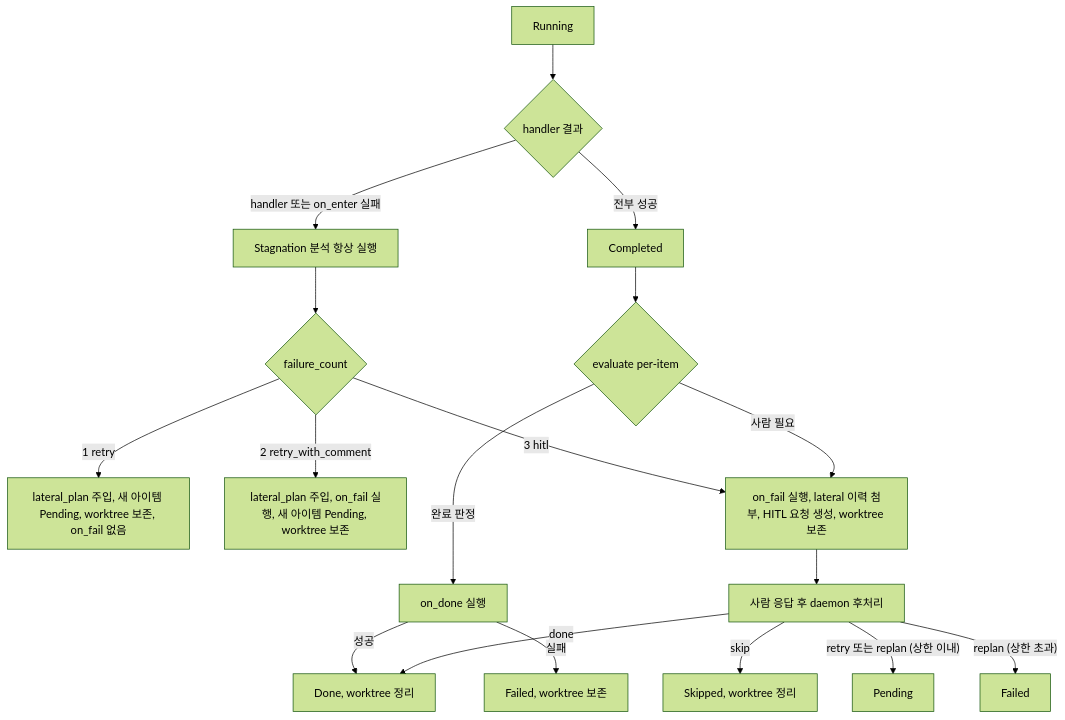
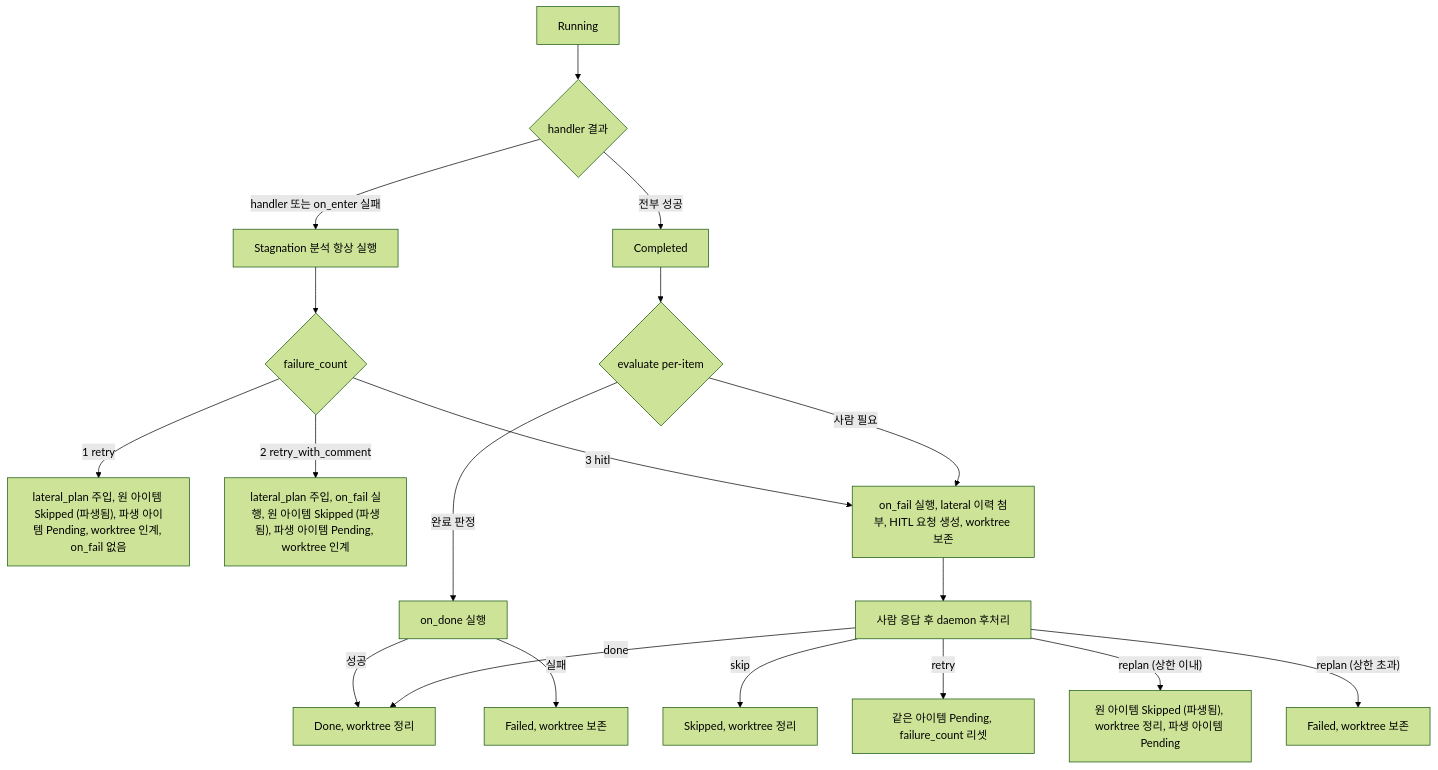
The second of 8 diagrams in spec/concerns/queue-state-machine.md (kys0213/belt), drawn with Mermaid (forest theme) before and after one commit. The commit also changed other lines of this file and 1 other file, not shown here.

First line of the commit message:
docs(spec): align state machine and escalation policy on derived items and Failed exits

````diff
--- a/spec/concerns/queue-state-machine.md
+++ b/spec/concerns/queue-state-machine.md
@@ -78,20 +78,21 @@
 ```mermaid
 flowchart TD
     R["Running"] --> S{"handler 결과"}
     S -- "전부 성공" --> C["Completed"]
     S -- "handler 또는 on_enter 실패" --> A["Stagnation 분석 항상 실행"]
     A --> F{"failure_count"}
-    F -- "1 retry" --> R1["lateral_plan 주입, 새 아이템 Pending, worktree 보존, on_fail 없음"]
-    F -- "2 retry_with_comment" --> R2["lateral_plan 주입, on_fail 실행, 새 아이템 Pending, worktree 보존"]
+    F -- "1 retry" --> R1["lateral_plan 주입, 원 아이템 Skipped (파생됨), 파생 아이템 Pending, worktree 인계, on_fail 없음"]
+    F -- "2 retry_with_comment" --> R2["lateral_plan 주입, on_fail 실행, 원 아이템 Skipped (파생됨), 파생 아이템 Pending, worktree 인계"]
     F -- "3 hitl" --> H["on_fail 실행, lateral 이력 첨부, HITL 요청 생성, worktree 보존"]
     C --> E{"evaluate per-item"}
     E -- "완료 판정" --> D["on_done 실행"]
     E -- "사람 필요" --> H
     D -- "성공" --> Done["Done, worktree 정리"]
     D -- "실패" --> Failed["Failed, worktree 보존"]
     H --> P["사람 응답 후 daemon 후처리"]
     P -- "done" --> Done
     P -- "skip" --> Sk["Skipped, worktree 정리"]
-    P -- "retry 또는 replan (상한 이내)" --> Pe["Pending"]
-    P -- "replan (상한 초과)" --> Fl["Failed"]
+    P -- "retry" --> Pe["같은 아이템 Pending, failure_count 리셋"]
+    P -- "replan (상한 이내)" --> Rp["원 아이템 Skipped (파생됨), worktree 정리, 파생 아이템 Pending"]
+    P -- "replan (상한 초과)" --> Fl["Failed, worktree 보존"]
 ```
````
